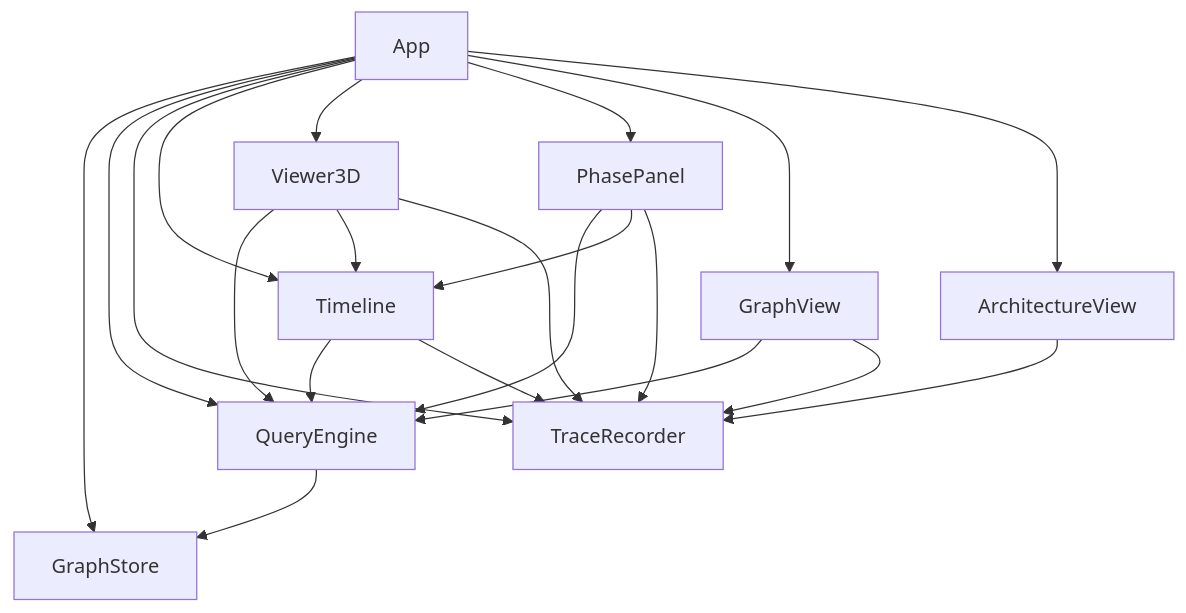
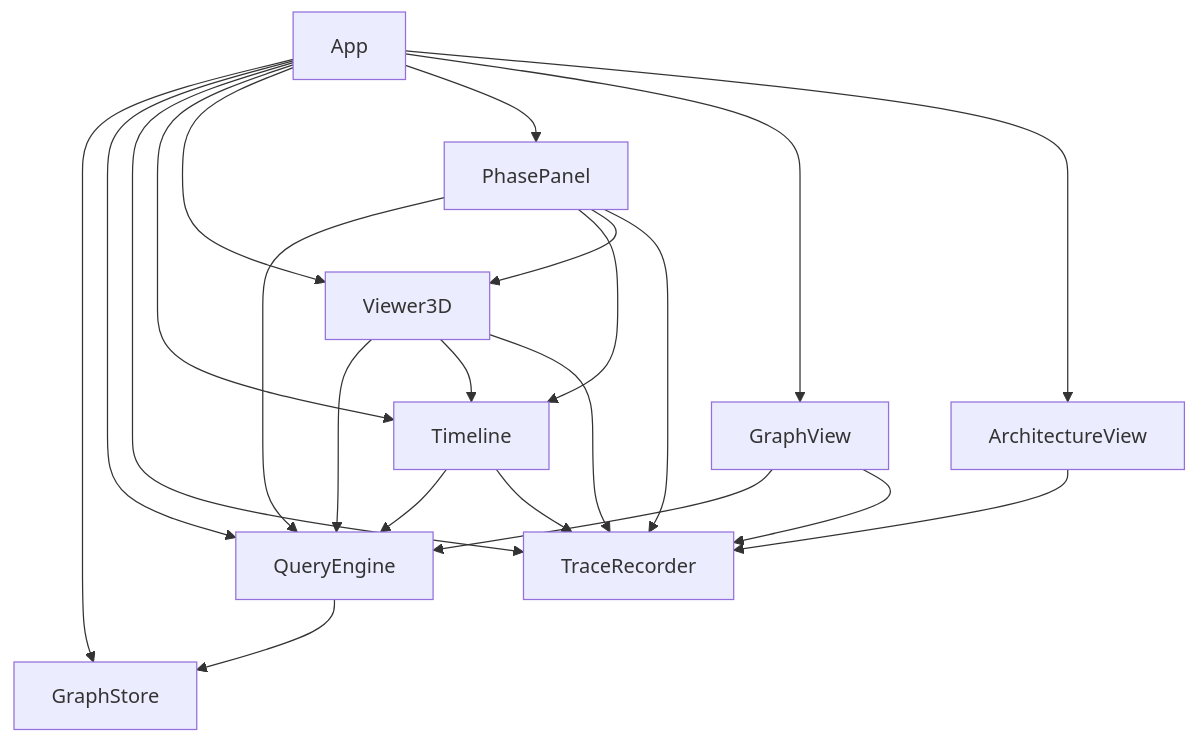
The diagram in generated/diagrams/components.mmd (argent0/bio-mechanics), drawn with Mermaid before and after one commit. The commit also changed 21 other files, not shown here.

Commit message:
Add muscle sequence and tug-of-war moments panel Shows muscle order and N·m contest per joint over time

```diff
--- a/generated/diagrams/components.mmd
+++ b/generated/diagrams/components.mmd
@@ -1,31 +1,32 @@
 %% Generated by `lake exe gen` from spec/BioMech/Components.lean. Edit the Lean source, then regenerate: cd spec && lake exe gen
 flowchart TB
   n_App["App"]
+  n_PhasePanel["PhasePanel"]
   n_Viewer3D["Viewer3D"]
-  n_PhasePanel["PhasePanel"]
   n_Timeline["Timeline"]
   n_GraphView["GraphView"]
   n_QueryEngine["QueryEngine"]
   n_GraphStore["GraphStore"]
   n_ArchitectureView["ArchitectureView"]
   n_TraceRecorder["TraceRecorder"]
   n_QueryEngine --> n_GraphStore
   n_Timeline --> n_QueryEngine
   n_Viewer3D --> n_QueryEngine
   n_PhasePanel --> n_QueryEngine
   n_GraphView --> n_QueryEngine
   n_Viewer3D --> n_Timeline
   n_PhasePanel --> n_Timeline
+  n_PhasePanel --> n_Viewer3D
   n_Timeline --> n_TraceRecorder
   n_Viewer3D --> n_TraceRecorder
   n_PhasePanel --> n_TraceRecorder
   n_GraphView --> n_TraceRecorder
   n_ArchitectureView --> n_TraceRecorder
   n_App --> n_GraphStore
   n_App --> n_QueryEngine
   n_App --> n_TraceRecorder
   n_App --> n_Timeline
   n_App --> n_Viewer3D
   n_App --> n_PhasePanel
   n_App --> n_GraphView
   n_App --> n_ArchitectureView
```
